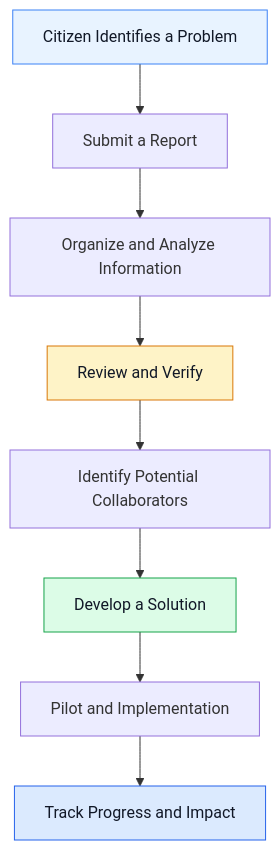
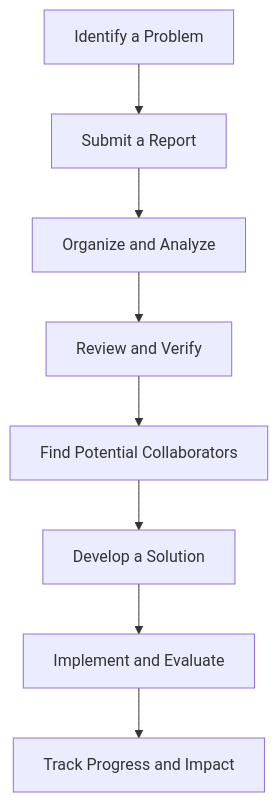
The first of 2 diagrams in README.md (abhijeet0code/ResolveNet), drawn with Mermaid before and after one commit. The commit also changed other lines of this file, not shown here.

````diff
--- a/README.md
+++ b/README.md
@@ -72,15 +61,10 @@
 ```mermaid
 flowchart TD
-    A["Citizen Identifies a Problem"] --> B["Submit a Report"]
-    B --> C["Organize and Analyze Information"]
+    A["Identify a Problem"] --> B["Submit a Report"]
+    B --> C["Organize and Analyze"]
     C --> D["Review and Verify"]
-    D --> E["Identify Potential Collaborators"]
+    D --> E["Find Potential Collaborators"]
     E --> F["Develop a Solution"]
-    F --> G["Pilot and Implementation"]
+    F --> G["Implement and Evaluate"]
     G --> H["Track Progress and Impact"]
-
-    style A fill:#e8f3ff,stroke:#3b82f6,color:#111827
-    style D fill:#fef3c7,stroke:#d97706,color:#111827
-    style F fill:#dcfce7,stroke:#16a34a,color:#111827
-    style H fill:#dbeafe,stroke:#2563eb,color:#111827
 ```
````
